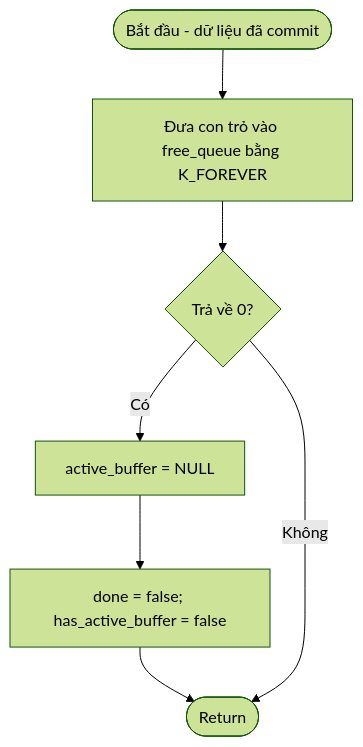
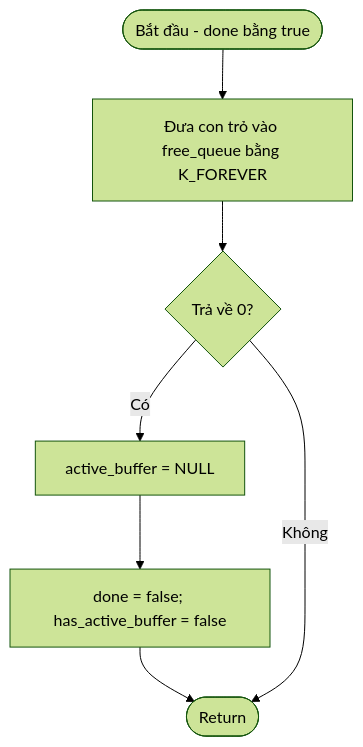
Before and after one commit to kietnq1606/holter-chest-node: diagram 12 of 14 in applications/app_design.md, drawn with Mermaid (forest theme). The commit also changed other lines of this file and 17 other files, not shown here.

````diff
--- a/applications/app_design.md
+++ b/applications/app_design.md
@@ -317,9 +317,9 @@
 ```mermaid
 flowchart TD
-    A([Bắt đầu - dữ liệu đã commit]) --> B[Đưa con trỏ vào free_queue bằng K_FOREVER]
+    A([Bắt đầu - done bằng true]) --> B[Đưa con trỏ vào free_queue bằng K_FOREVER]
     B --> C{Trả về 0?}
     C -- Có --> D[active_buffer = NULL]
     D --> E[done = false; has_active_buffer = false]
     E --> R([Return])
     C -- Không --> R
 ```
````
